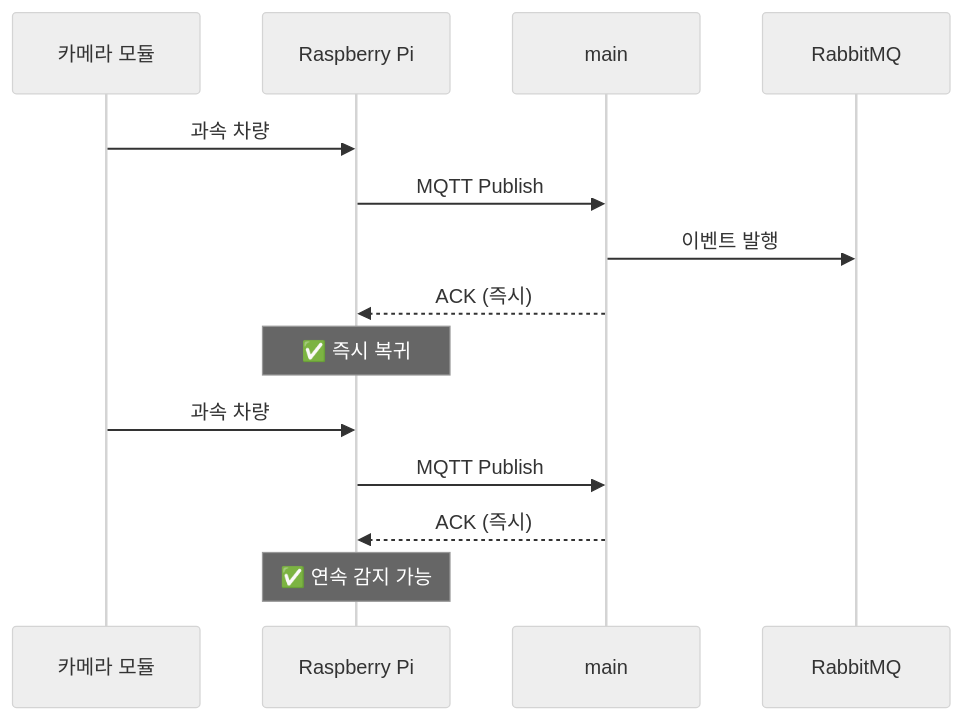
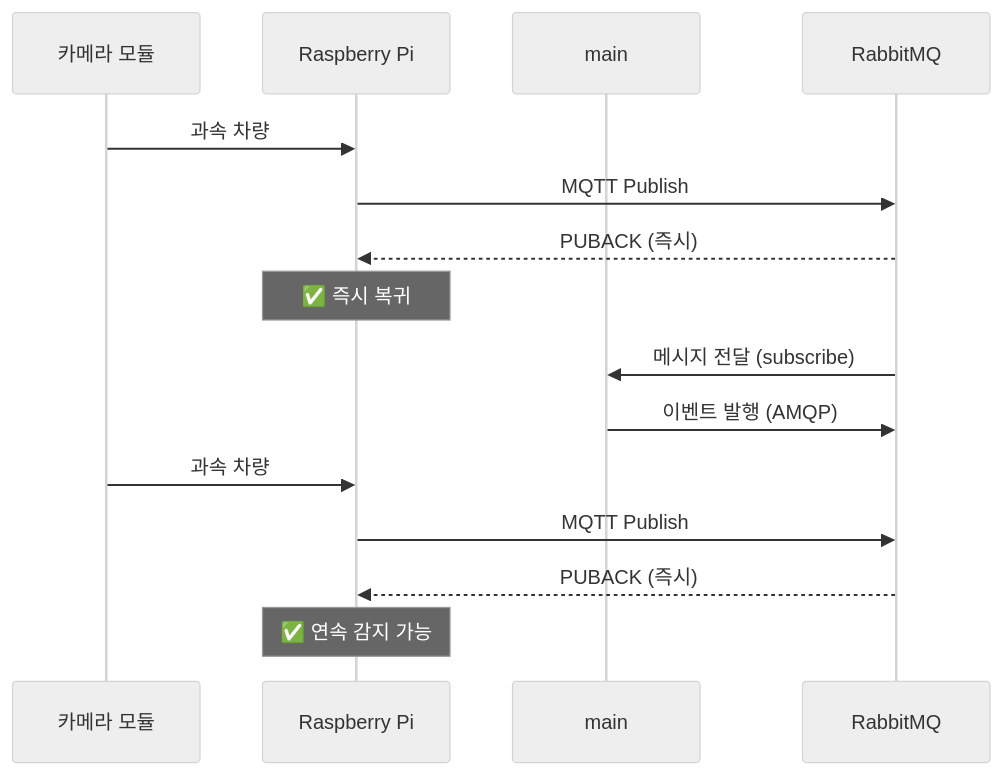
Before and after one commit to Qualcom-Capstone/backend: the eighth of 12 diagrams in docs/ARCHITECTURE_COMPARISON.md, drawn with Mermaid (neutral theme). The commit also changed other lines of this file, not shown here.

First line of the commit message:
docs: fix sequence diagrams to show correct MQTT flow

````diff
--- a/docs/ARCHITECTURE_COMPARISON.md
+++ b/docs/ARCHITECTURE_COMPARISON.md
@@ -269,18 +271,19 @@
 ```mermaid
 sequenceDiagram
     participant Camera as 카메라 모듈
     participant Pi as Raspberry Pi
     participant M as main
     participant Q as RabbitMQ
 
     Camera->>Pi: 과속 차량 #1 감지
-    Pi->>M: MQTT Publish
-    M->>Q: 이벤트 발행
-    M-->>Pi: ACK (즉시)
+    Pi->>Q: MQTT Publish
+    Q-->>Pi: PUBACK (즉시)
     Note over Pi: ✅ 즉시 복귀
+    Q->>M: 메시지 전달 (subscribe)
+    M->>Q: 이벤트 발행 (AMQP)
 
     Camera->>Pi: 과속 차량 #2 감지
-    Pi->>M: MQTT Publish
-    M-->>Pi: ACK (즉시)
+    Pi->>Q: MQTT Publish
+    Q-->>Pi: PUBACK (즉시)
     Note over Pi: ✅ 연속 감지 가능
 ```
````
